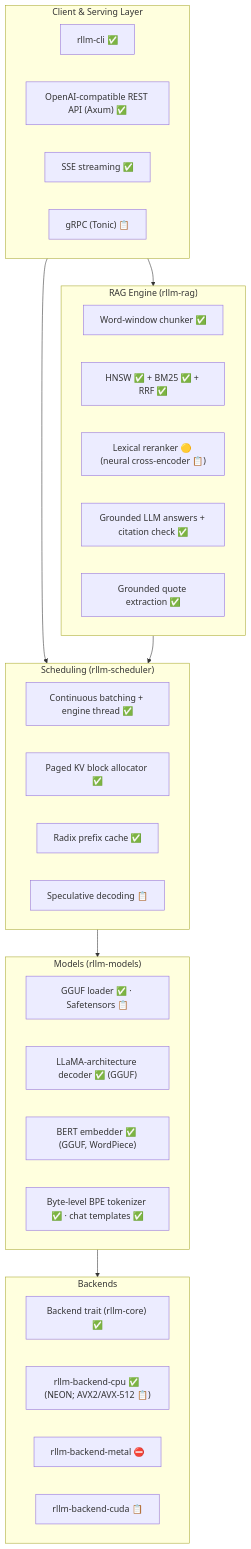
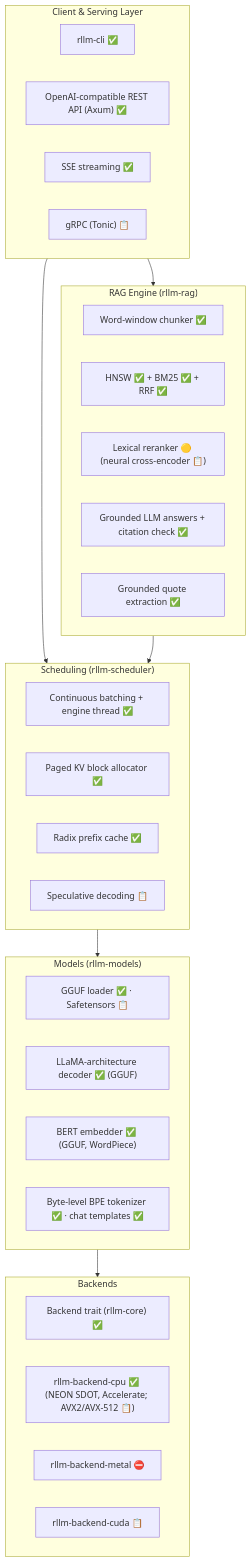
Before and after one commit to tovganesh/rllm: the diagram in docs/ARCHITECTURE.md, drawn with Mermaid. The commit also changed other lines of this file and 30 other files, not shown here.

````diff
--- a/docs/ARCHITECTURE.md
+++ b/docs/ARCHITECTURE.md
@@ -11,44 +11,44 @@
 ```mermaid
 flowchart TD
     subgraph ClientLayer ["Client & Serving Layer"]
         CLI["rllm-cli ✅"]
         HTTP["OpenAI-compatible REST API (Axum) ✅"]
         SSE["SSE streaming ✅"]
         GRPC["gRPC (Tonic) 📋"]
     end
 
     subgraph RagEngine ["RAG Engine (rllm-rag)"]
         Chunker["Word-window chunker ✅"]
         HybridIndex["HNSW ✅ + BM25 ✅ + RRF ✅"]
         Reranker["Lexical reranker 🟡 (neural cross-encoder 📋)"]
         Answer["Grounded LLM answers + citation check ✅"]
         Grounding["Grounded quote extraction ✅"]
     end
 
     subgraph SchedulerLayer ["Scheduling (rllm-scheduler)"]
         Batcher["Continuous batching + engine thread ✅"]
         Paged["Paged KV block allocator ✅"]
         Radix["Radix prefix cache ✅"]
         SpecDec["Speculative decoding 📋"]
     end
 
     subgraph ModelLayer ["Models (rllm-models)"]
         Weights["GGUF loader ✅ · Safetensors 📋"]
         Llama["LLaMA-architecture decoder ✅ (GGUF)"]
         Embed["BERT embedder ✅ (GGUF, WordPiece)"]
         Tok["Byte-level BPE tokenizer ✅ · chat templates ✅"]
     end
 
     subgraph ComputeLayer ["Backends"]
         Trait["Backend trait (rllm-core) ✅"]
-        CPU["rllm-backend-cpu ✅ (NEON; AVX2/AVX-512 📋)"]
+        CPU["rllm-backend-cpu ✅ (NEON SDOT, Accelerate; AVX2/AVX-512 📋)"]
         Metal["rllm-backend-metal ⛔"]
         CUDA["rllm-backend-cuda 📋"]
     end
 
     ClientLayer --> RagEngine
     ClientLayer --> SchedulerLayer
     RagEngine --> SchedulerLayer
     SchedulerLayer --> ModelLayer
     ModelLayer --> ComputeLayer
 ```
````
